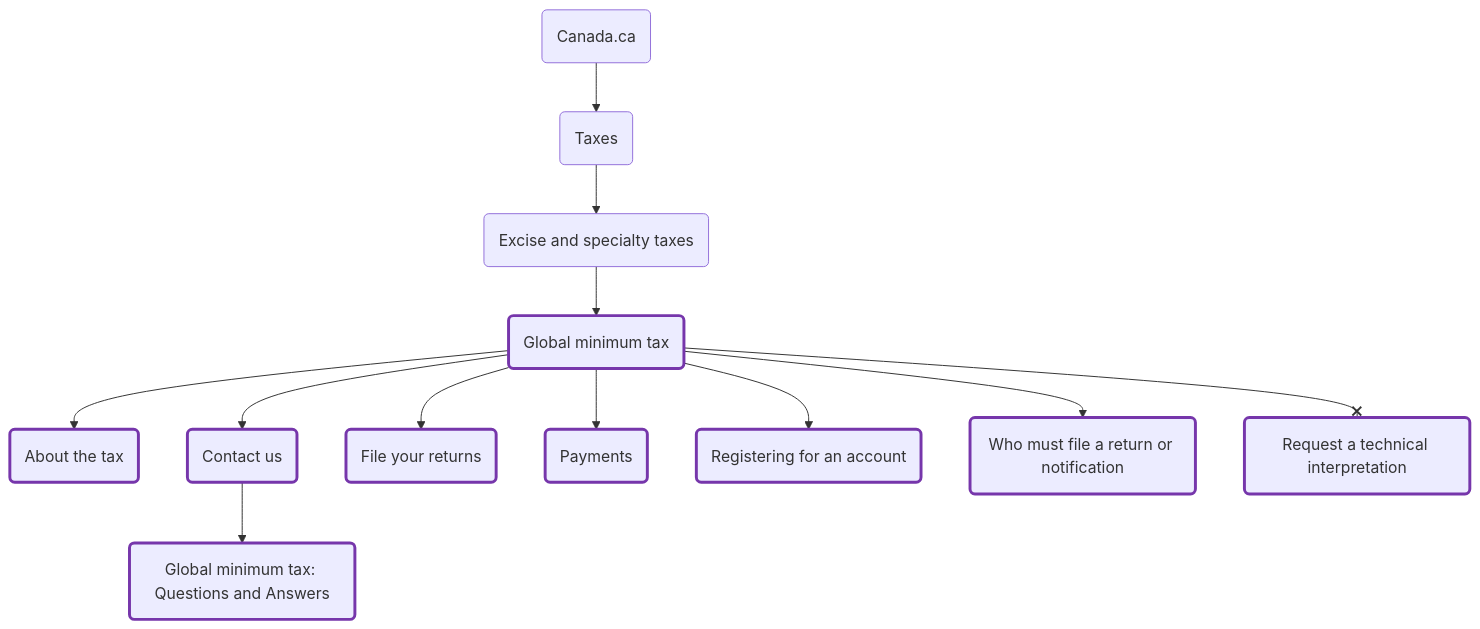
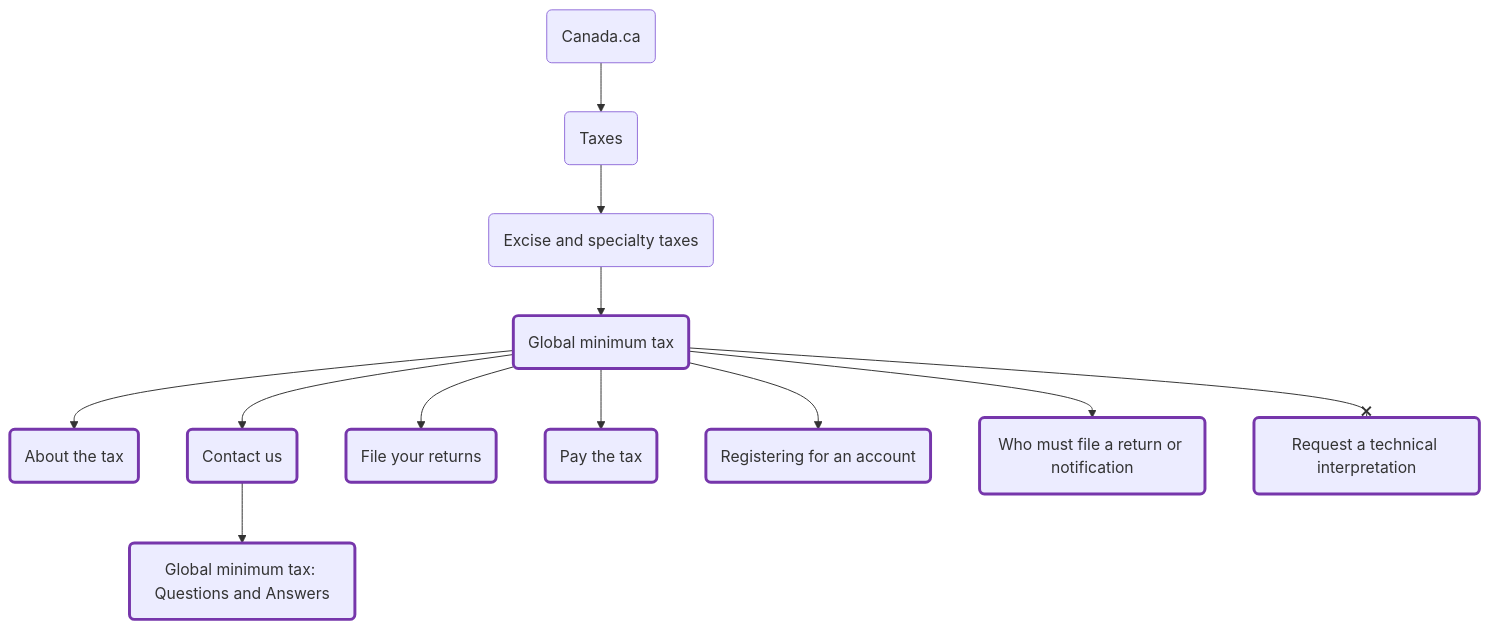
Before and after one commit to cra-proto/gmt-updates-2026: the diagram in README.md, drawn with Mermaid. The commit also changed 7 other files, not shown here.

Commit message:
mark pay the tax

````diff
--- a/README.md
+++ b/README.md
@@ -32,40 +32,40 @@
 ```mermaid
 flowchart TD;
     node1(Canada.ca)
     node2(Taxes)
     node3(Excise and specialty taxes)
     node4(Global minimum tax)
     node5(About the tax)
     node6(Contact us)
     node7(Global minimum tax: Questions and Answers)
     node8(File your returns)
-    node9(Payments)
+    node9(Pay the tax)
     node10(Registering for an account)
     node11(Who must file a return or notification)
     node12(Request a technical interpretation)
     node1 --> node2
     node2 --> node3
     node3 --> node4
     node4 --> node5
     node4 --> node6
     node6 --> node7
     node4 --> node8
     node4 --> node9
     node4 --> node10
     node4 --> node11
     node4 --x node12
     click node1 "https://www.canada.ca/en.html" _blank
     click node2 "https://www.canada.ca/en/services/taxes.html" _blank
     click node3 "https://www.canada.ca/en/services/taxes/excise-taxes-duties-and-levies.html" _blank
     click node4 "https://www.canada.ca/en/services/taxes/excise-taxes-duties-and-levies/global-minimum-tax.html" _blank
     click node5 "https://www.canada.ca/en/services/taxes/excise-taxes-duties-and-levies/global-minimum-tax/about.html" _blank
     click node6 "https://www.canada.ca/en/services/taxes/excise-taxes-duties-and-levies/global-minimum-tax/contact.html" _blank
     click node7 "https://www.canada.ca/en/services/taxes/excise-taxes-duties-and-levies/global-minimum-tax/contact/global-minimum-tax-faq.html" _blank
     click node8 "https://www.canada.ca/en/services/taxes/excise-taxes-duties-and-levies/global-minimum-tax/file-returns.html" _blank
     click node9 "https://www.canada.ca/en/services/taxes/excise-taxes-duties-and-levies/global-minimum-tax/pay-the-tax.html" _blank
     click node10 "https://www.canada.ca/en/services/taxes/excise-taxes-duties-and-levies/global-minimum-tax/register-account.html" _blank
     click node11 "https://www.canada.ca/en/services/taxes/excise-taxes-duties-and-levies/global-minimum-tax/who-must-file.html" _blank
     click node12 "https://www.canada.ca/en/services/taxes/excise-taxes-duties-and-levies/global-minimum-tax/request-technical-interpretation.html" _blank
     classDef inscope stroke:#7636ab,stroke-width:3px
     class node4,node5,node6,node7,node8,node9,node10,node11,node12 inscope
 ```
````
